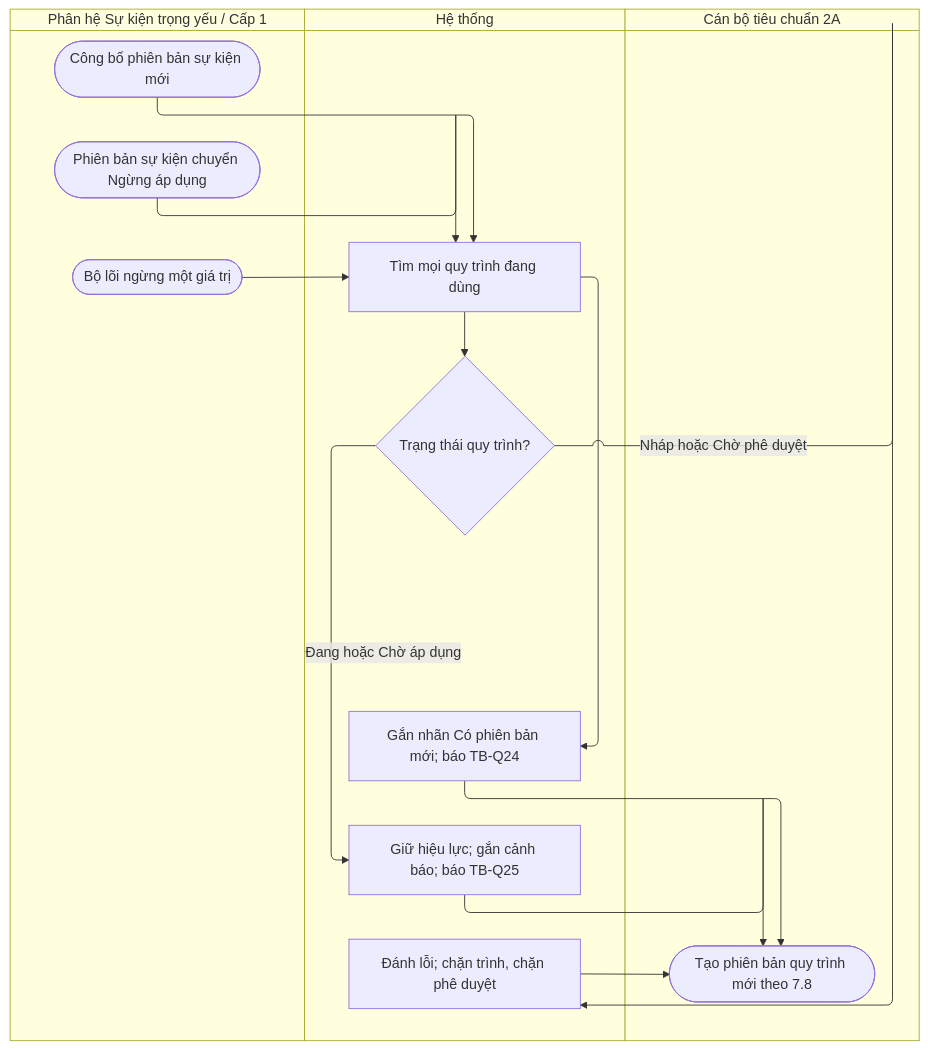
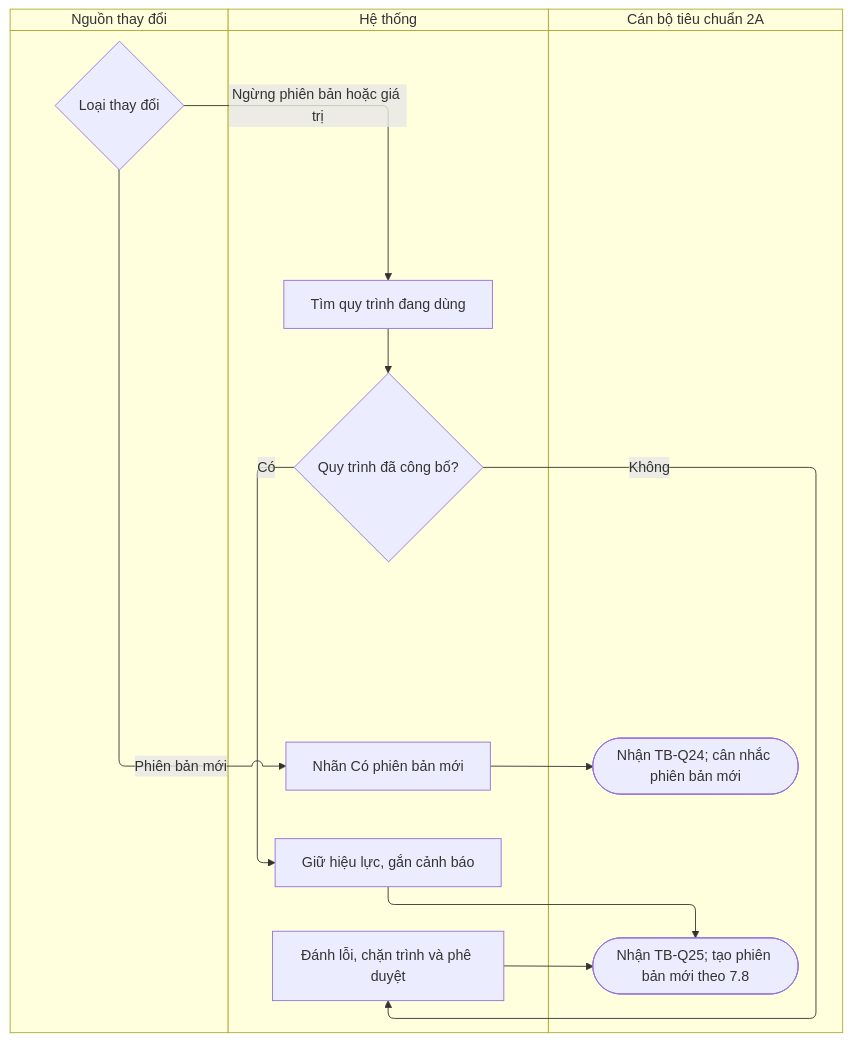
The second of 2 diagrams in docs/prd/quy-trinh-tieu-chuan-txng/7.9-ngung-ap-dung.md (cuongnh-rd/ndatrace-attp), drawn with Mermaid before and after one commit. The commit also changed other lines of this file and 9 other files, not shown here.

First line of the commit message:
docs(prd): vẽ lại swimlane Quy trình tiêu chuẩn TXNG, phạm vi trùng ngành theo cơ quan cấp 2, sửa tham chiếu luồng

````diff
--- a/docs/prd/quy-trinh-tieu-chuan-txng/7.9-ngung-ap-dung.md
+++ b/docs/prd/quy-trinh-tieu-chuan-txng/7.9-ngung-ap-dung.md
@@ -84,28 +84,25 @@
 ```mermaid
 swimlane-beta TB
-  subgraph SK["Phân hệ Sự kiện trọng yếu / Cấp 1"]
-    s1(["Công bố phiên bản sự kiện mới"])
-    s2(["Phiên bản sự kiện chuyển Ngừng áp dụng"])
-    s3(["Bộ lõi ngừng một giá trị"])
+  subgraph SK["Nguồn thay đổi"]
+    s{"Loại thay đổi"}
   end
   subgraph HT["Hệ thống"]
-    h1["Tìm mọi quy trình đang dùng"]
-    h2["Gắn nhãn Có phiên bản mới; báo TB-Q24"]
-    d1{"Trạng thái quy trình?"}
-    h3["Giữ hiệu lực; gắn cảnh báo; báo TB-Q25"]
-    h4["Đánh lỗi; chặn trình, chặn phê duyệt"]
+    h1["Tìm quy trình đang dùng"]
+    h2["Nhãn Có phiên bản mới"]
+    d1{"Quy trình đã công bố?"}
+    h3["Giữ hiệu lực, gắn cảnh báo"]
+    h4["Đánh lỗi, chặn trình và phê duyệt"]
   end
   subgraph CB["Cán bộ tiêu chuẩn 2A"]
-    c1(["Tạo phiên bản quy trình mới theo 7.8"])
+    c1(["Nhận TB-Q24; cân nhắc phiên bản mới"])
+    c2(["Nhận TB-Q25; tạo phiên bản mới theo 7.8"])
   end
-  s1 --> h1
-  h1 --> h2
+  s -->|Phiên bản mới| h2
+  s -->|Ngừng phiên bản hoặc giá trị| h1
   h2 --> c1
-  s2 --> h1
-  s3 --> h1
   h1 --> d1
-  d1 -->|Đang hoặc Chờ áp dụng| h3
-  d1 -->|Nháp hoặc Chờ phê duyệt| h4
-  h3 --> c1
-  h4 --> c1
+  d1 -->|Có| h3
+  d1 -->|Không| h4
+  h3 --> c2
+  h4 --> c2
 ```
````
